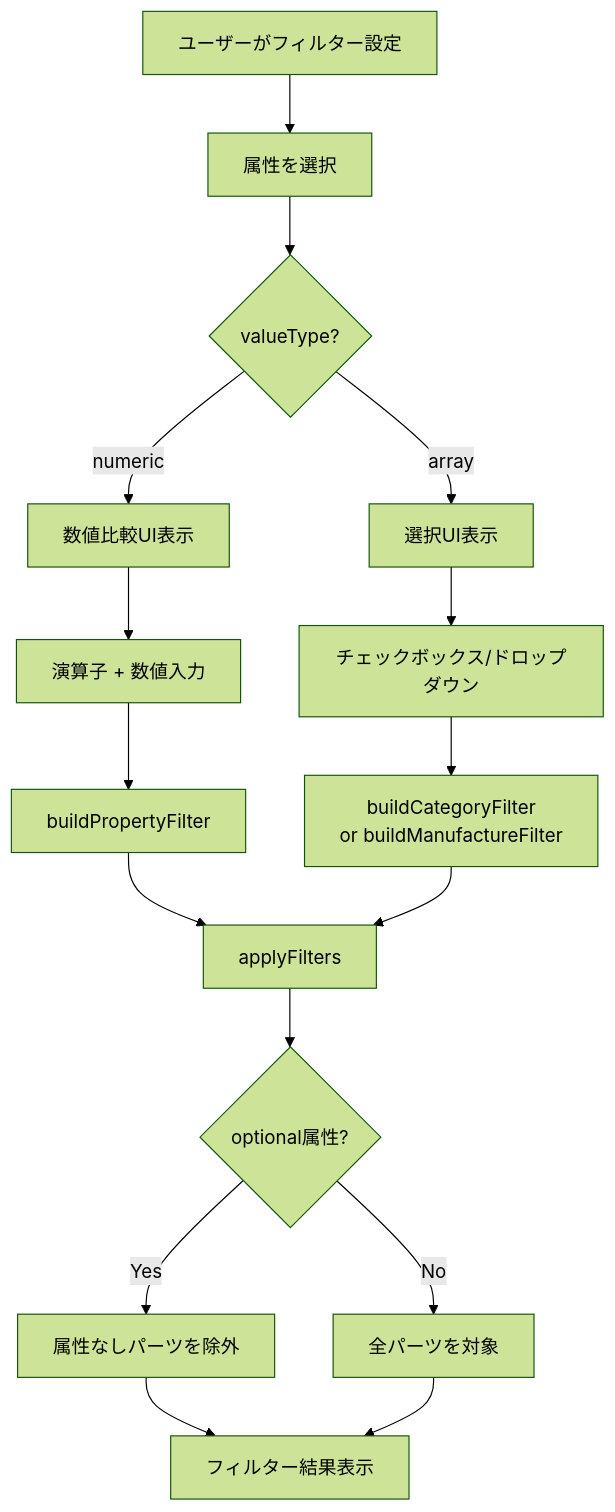
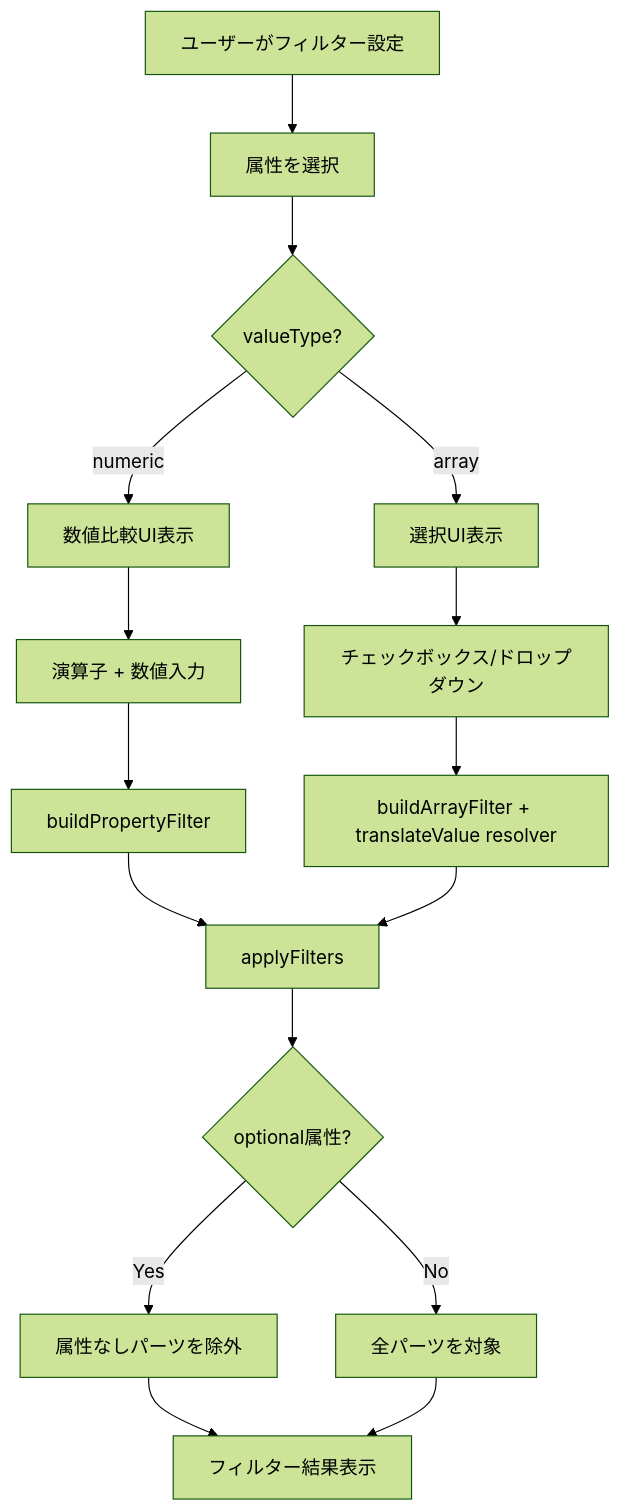
One commit to tooppoo/ac6_assemble_tool changed the third of 10 diagrams in docs/specs/filter-sort-by-attributes/design.md. Above: the diagram before and after it, drawn with Mermaid (forest theme). The commit also changed other lines of this file and 6 other files, not shown here.

````diff
--- a/docs/specs/filter-sort-by-attributes/design.md
+++ b/docs/specs/filter-sort-by-attributes/design.md
@@ -230,24 +230,24 @@
 ```mermaid
 flowchart TD
     Start[ユーザーがフィルター設定] --> SelectAttr[属性を選択]
     SelectAttr --> CheckType{valueType?}
 
     CheckType -->|numeric| NumericUI[数値比較UI表示]
     CheckType -->|array| ArrayUI[選択UI表示]
 
     NumericUI --> NumericInput[演算子 + 数値入力]
     ArrayUI --> ArrayInput[チェックボックス/ドロップダウン]
 
     NumericInput --> BuildNumeric[buildPropertyFilter]
-    ArrayInput --> BuildArray[buildCategoryFilter<br/>or buildManufactureFilter]
+    ArrayInput --> BuildArray[buildArrayFilter + translateValue resolver]
 
     BuildNumeric --> Apply[applyFilters]
     BuildArray --> Apply
 
     Apply --> CheckOptional{optional属性?}
     CheckOptional -->|Yes| FilterOut[属性なしパーツを除外]
     CheckOptional -->|No| FilterAll[全パーツを対象]
 
     FilterOut --> Result[フィルター結果表示]
     FilterAll --> Result
 ```
````
